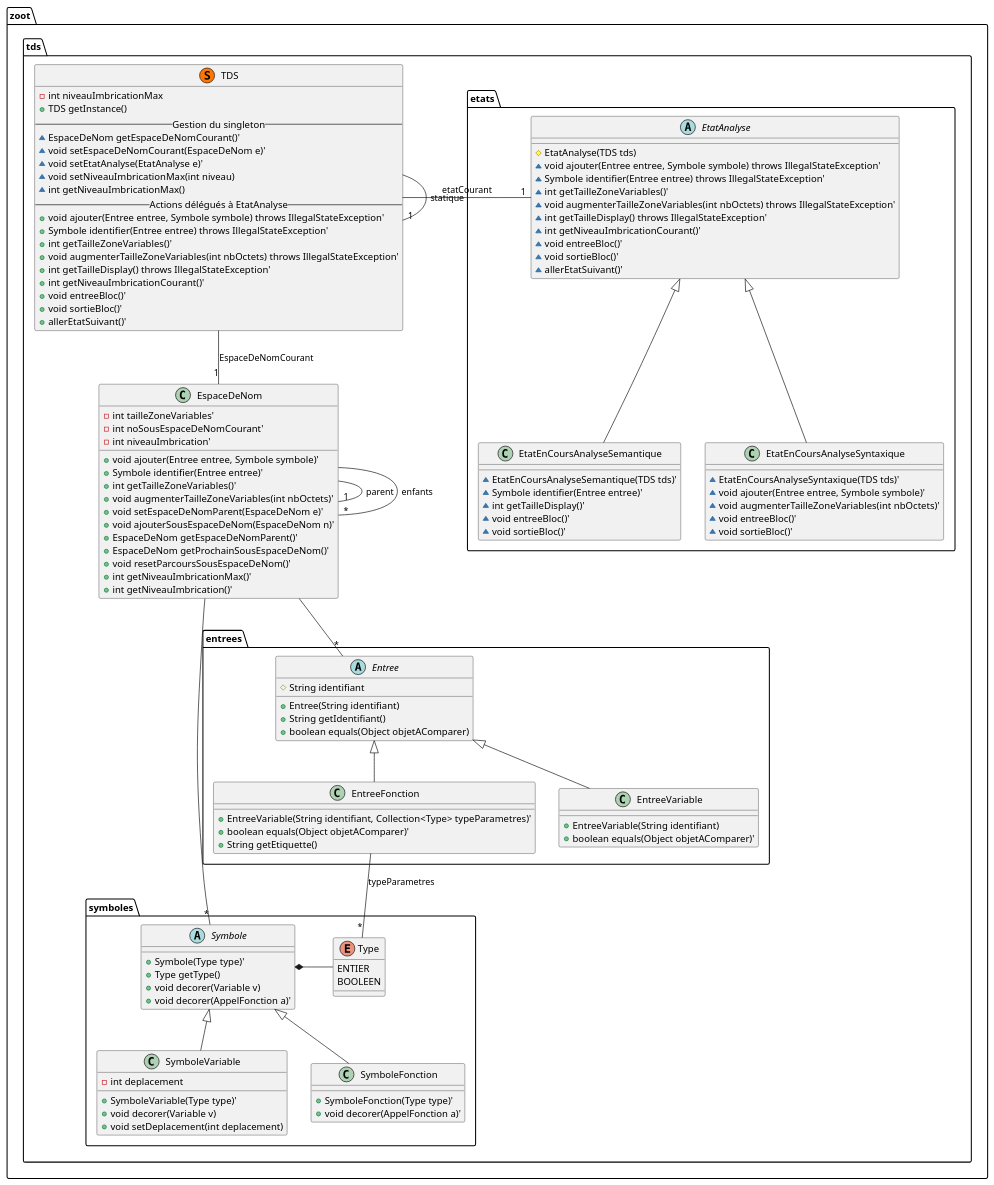
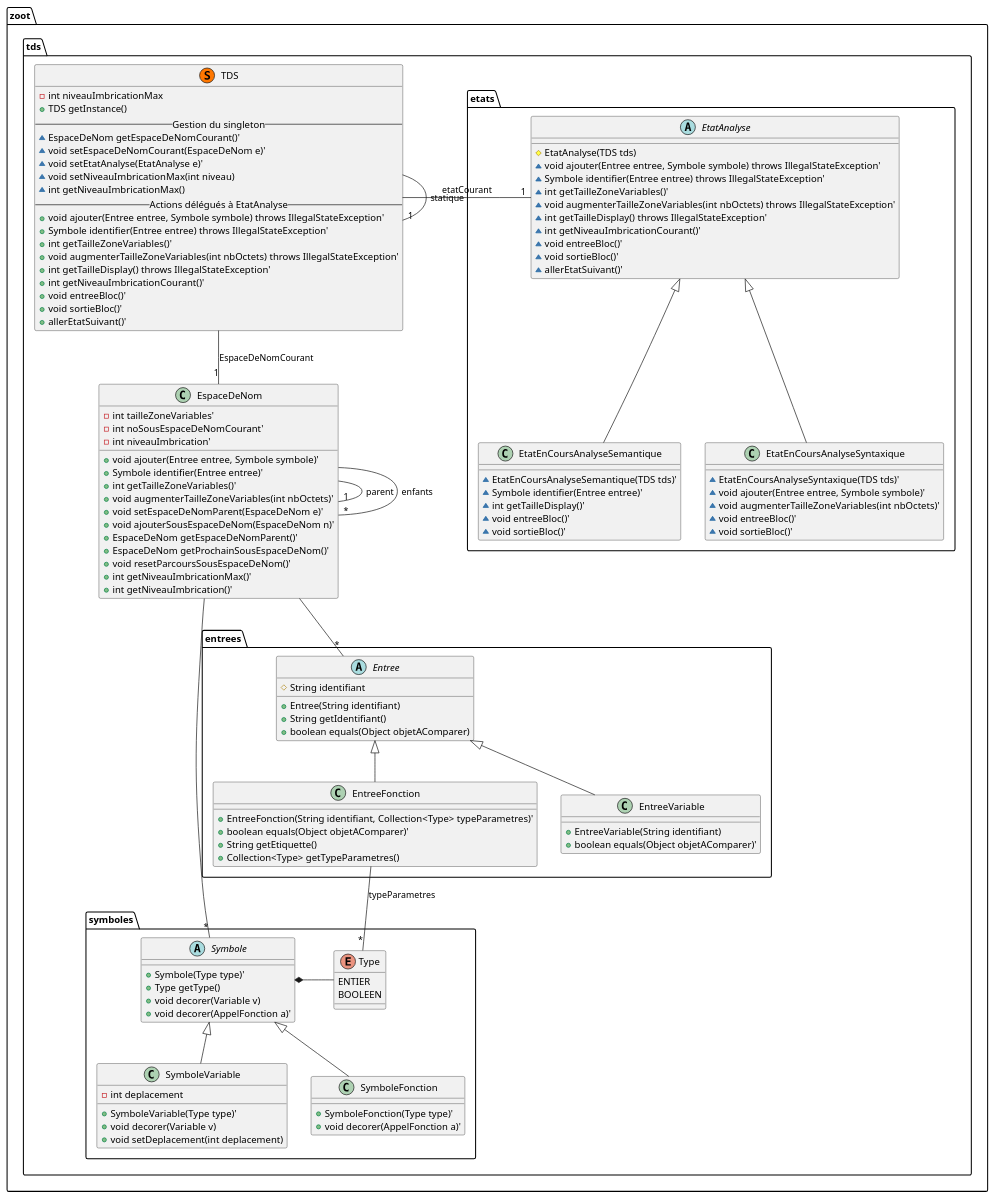
The diagram in diagrammes/classe/tds.puml (lmtb06/zoot), drawn with PlantUML before and after one commit. The commit also changed 1 other file, not shown here.

Commit message:
Correction du diagramme de classe
# Détails :
 - Changement du contructeur de AppelFonction
 - Ajout de la fonction getTypeParametres à EntreeFonction

```diff
--- a/diagrammes/classe/tds.puml
+++ b/diagrammes/classe/tds.puml
@@ -1,141 +1,142 @@
 @startuml "tds"
 
 namespace zoot.tds {
   ' Includes
 
   ' Classes
   class TDS << (S,#FF7700) >> {
     - int niveauImbricationMax
     + TDS getInstance()
     -- Gestion du singleton --
     ~ EspaceDeNom getEspaceDeNomCourant()'
     ~ void setEspaceDeNomCourant(EspaceDeNom e)'
     ~ void setEtatAnalyse(EtatAnalyse e)'
     ~ void setNiveauImbricationMax(int niveau)
     ~ int getNiveauImbricationMax()
     -- Actions délégués à EtatAnalyse --
     + void ajouter(Entree entree, Symbole symbole) throws IllegalStateException'
     + Symbole identifier(Entree entree) throws IllegalStateException'
     + int getTailleZoneVariables()'
     + void augmenterTailleZoneVariables(int nbOctets) throws IllegalStateException'
     + int getTailleDisplay() throws IllegalStateException'
     + int getNiveauImbricationCourant()'
     + void entreeBloc()'
     + void sortieBloc()'
     + allerEtatSuivant()'
   }
 
   class EspaceDeNom {
     - int tailleZoneVariables'
     - int noSousEspaceDeNomCourant'
     - int niveauImbrication'
     + void ajouter(Entree entree, Symbole symbole)'
     + Symbole identifier(Entree entree)'
     + int getTailleZoneVariables()'
     + void augmenterTailleZoneVariables(int nbOctets)'
     + void setEspaceDeNomParent(EspaceDeNom e)'
     + void ajouterSousEspaceDeNom(EspaceDeNom n)'
     + EspaceDeNom getEspaceDeNomParent()'
     + EspaceDeNom getProchainSousEspaceDeNom()'
     + void resetParcoursSousEspaceDeNom()'
     + int getNiveauImbricationMax()'
     + int getNiveauImbrication()'
   }
 
   namespace etats {
     abstract EtatAnalyse {
       # EtatAnalyse(TDS tds)
       ~ void ajouter(Entree entree, Symbole symbole) throws IllegalStateException'
       ~ Symbole identifier(Entree entree) throws IllegalStateException'
       ~ int getTailleZoneVariables()'
       ~ void augmenterTailleZoneVariables(int nbOctets) throws IllegalStateException'
       ~ int getTailleDisplay() throws IllegalStateException'
       ~ int getNiveauImbricationCourant()'
       ~ void entreeBloc()'
       ~ void sortieBloc()'
       ~ allerEtatSuivant()'
     }
 
     class EtatEnCoursAnalyseSyntaxique {
       ~ EtatEnCoursAnalyseSyntaxique(TDS tds)'
       ~ void ajouter(Entree entree, Symbole symbole)'
       ~ void augmenterTailleZoneVariables(int nbOctets)'
       ~ void entreeBloc()'
       ~ void sortieBloc()'
     }
 
     class EtatEnCoursAnalyseSemantique {
       ~ EtatEnCoursAnalyseSemantique(TDS tds)'
       ~ Symbole identifier(Entree entree)'
       ~ int getTailleDisplay()'
       ~ void entreeBloc()'
       ~ void sortieBloc()'
     }
   }
 
 
   namespace entrees {
     abstract class Entree {
       # String identifiant
       + Entree(String identifiant)
       + String getIdentifiant()
       + boolean equals(Object objetAComparer)
     }
 
     class EntreeVariable {
       + EntreeVariable(String identifiant)
       + boolean equals(Object objetAComparer)'
     }
 
     class EntreeFonction {
-      + EntreeVariable(String identifiant, Collection<Type> typeParametres)'
+      + EntreeFonction(String identifiant, Collection<Type> typeParametres)'
       + boolean equals(Object objetAComparer)'
       + String getEtiquette()
+      + Collection<Type> getTypeParametres()
     }
   }
 
   namespace symboles {
     abstract class Symbole {
       + Symbole(Type type)'
       + Type getType()
       + void decorer(Variable v)
       + void decorer(AppelFonction a)'
     }
 
     class SymboleVariable {
       - int deplacement
       + SymboleVariable(Type type)'
       + void decorer(Variable v)
       + void setDeplacement(int deplacement)
     }
 
     class SymboleFonction {
       + SymboleFonction(Type type)'
       + void decorer(AppelFonction a)'
     }
 
     enum Type {
       ENTIER
       BOOLEEN
     }
   }
 
   ' Relations entre les classes
   TDS --"1" TDS : statique
   TDS --"1" EspaceDeNom : EspaceDeNomCourant
   TDS -left-"1" EtatAnalyse : etatCourant
   EspaceDeNom --"*" Entree
   EspaceDeNom --"*" Symbole
   Symbole *-left- Type
   SymboleVariable -up-|> Symbole
   EntreeVariable -up-|> Entree
   SymboleFonction -up-|> Symbole
   EntreeFonction -up-|> Entree
   EntreeFonction --"*" Type : typeParametres
   EtatEnCoursAnalyseSemantique -up-|> EtatAnalyse
   EtatEnCoursAnalyseSyntaxique -up-|> EtatAnalyse
   EspaceDeNom --"1" EspaceDeNom : parent
   EspaceDeNom --"*" EspaceDeNom : enfants
 }
 
 @enduml
```
